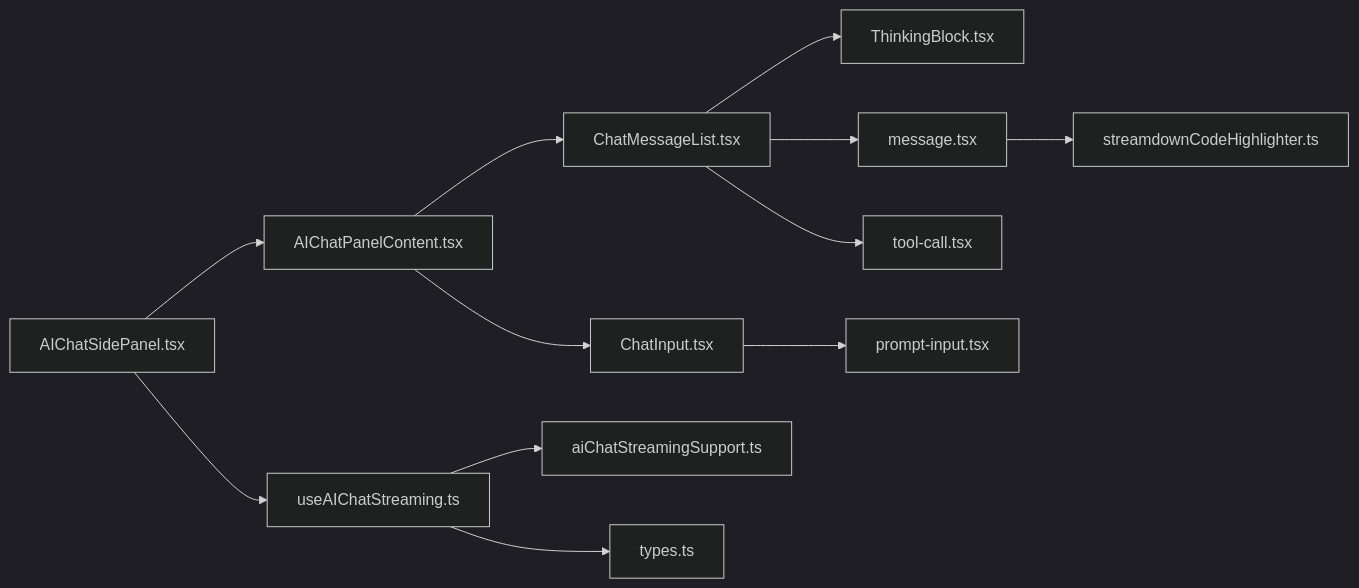
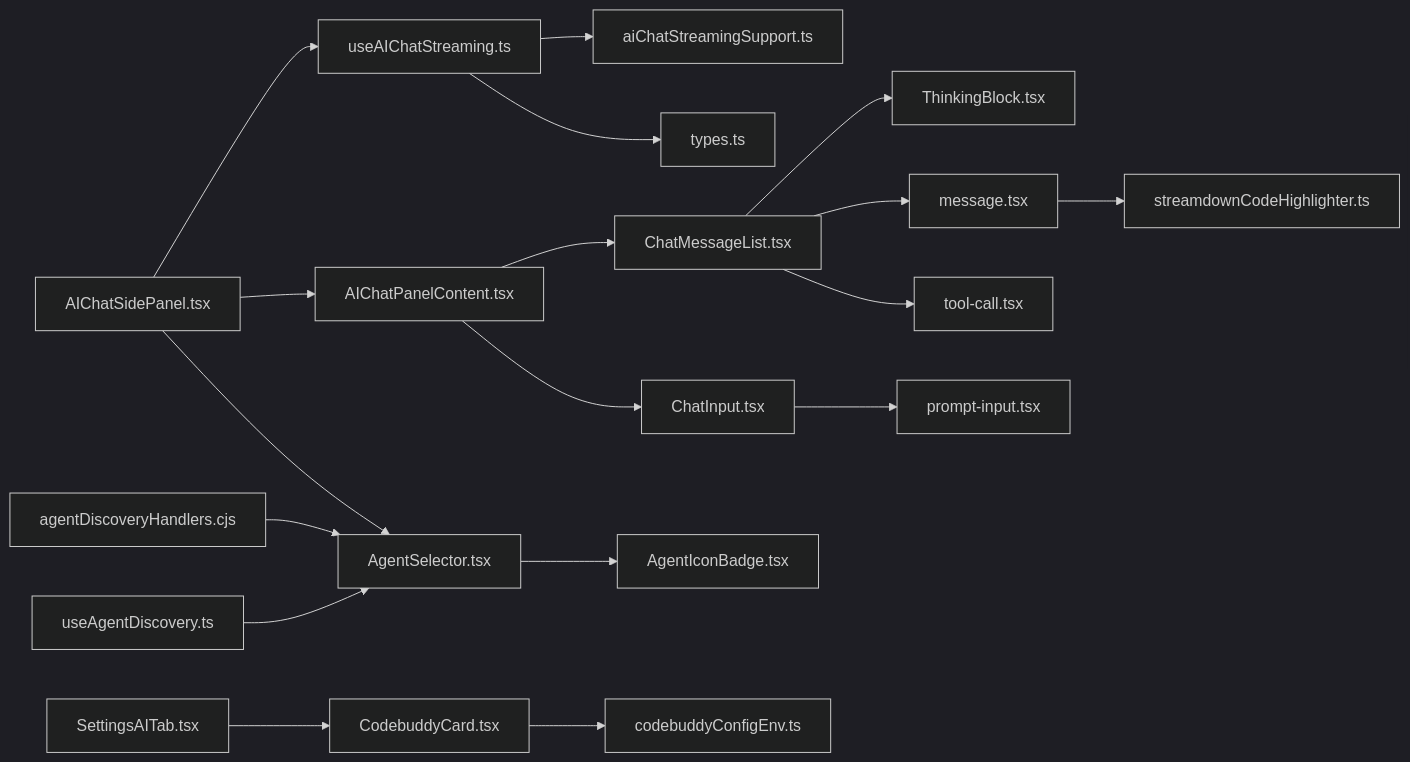
The eighth of 8 diagrams in .qoder/repowiki/zh/content/用户指南/AI代理集成/AI聊天界面.md (szeiyou/Netcatty), drawn with Mermaid (dark theme) before and after one commit. The commit also changed other lines of this file and 8 other files, not shown here.

````diff
--- a/.qoder/repowiki/zh/content/用户指南/AI代理集成/AI聊天界面.md
+++ b/.qoder/repowiki/zh/content/用户指南/AI代理集成/AI聊天界面.md
@@ -299,14 +413,20 @@
 ```mermaid
 graph LR
 SP["AIChatSidePanel.tsx"] --> Hook["useAIChatStreaming.ts"]
 SP --> PC["AIChatPanelContent.tsx"]
+SP --> AgentSelector["AgentSelector.tsx"]
 PC --> MsgList["ChatMessageList.tsx"]
 PC --> Input["ChatInput.tsx"]
+AgentSelector --> AgentIconBadge["AgentIconBadge.tsx"]
 MsgList --> Thinking["ThinkingBlock.tsx"]
 MsgList --> MsgElem["message.tsx"]
 MsgList --> ToolCall["tool-call.tsx"]
 MsgElem --> CodeHL["streamdownCodeHighlighter.ts"]
 Input --> Prompt["prompt-input.tsx"]
 Hook --> Support["aiChatStreamingSupport.ts"]
 Hook --> Types["types.ts"]
+SettingsAITab["SettingsAITab.tsx"] --> CodebuddyCard["CodebuddyCard.tsx"]
+CodebuddyCard --> CodebuddyEnv["codebuddyConfigEnv.ts"]
+AgentDiscovery["agentDiscoveryHandlers.cjs"] --> AgentSelector
+UseAgentDiscovery["useAgentDiscovery.ts"] --> AgentSelector
 ```
````
